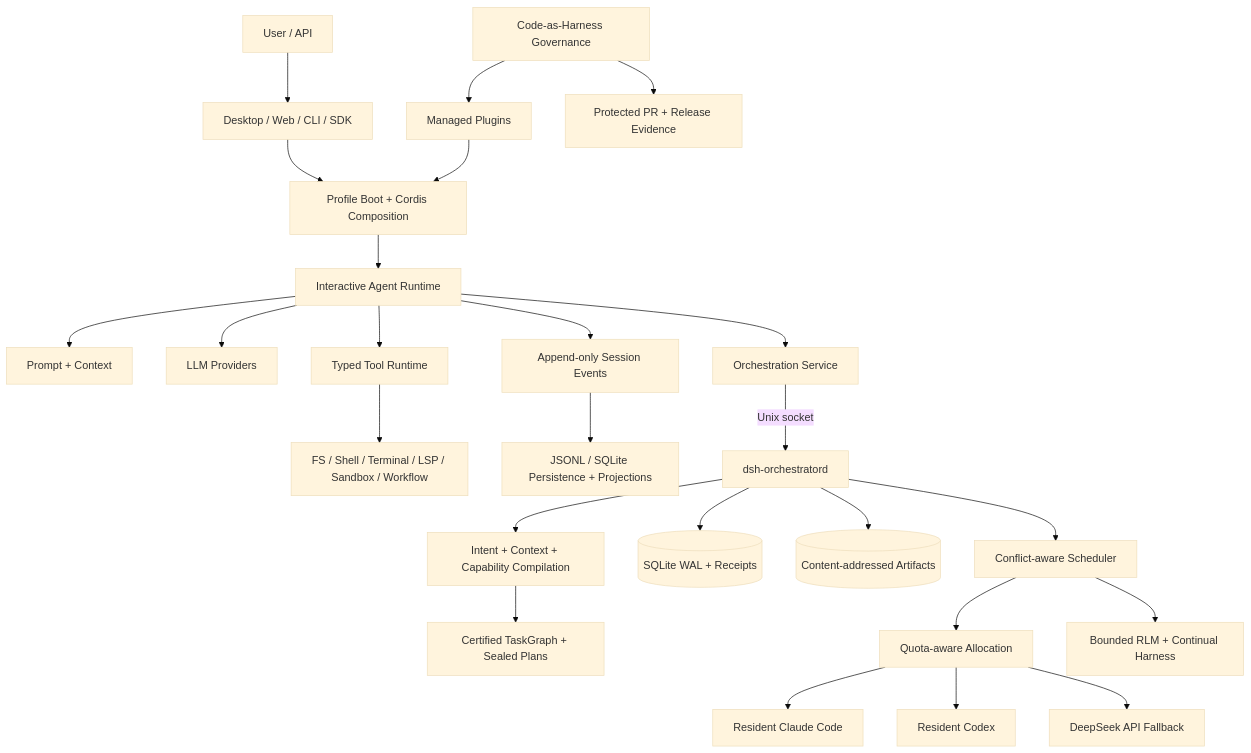
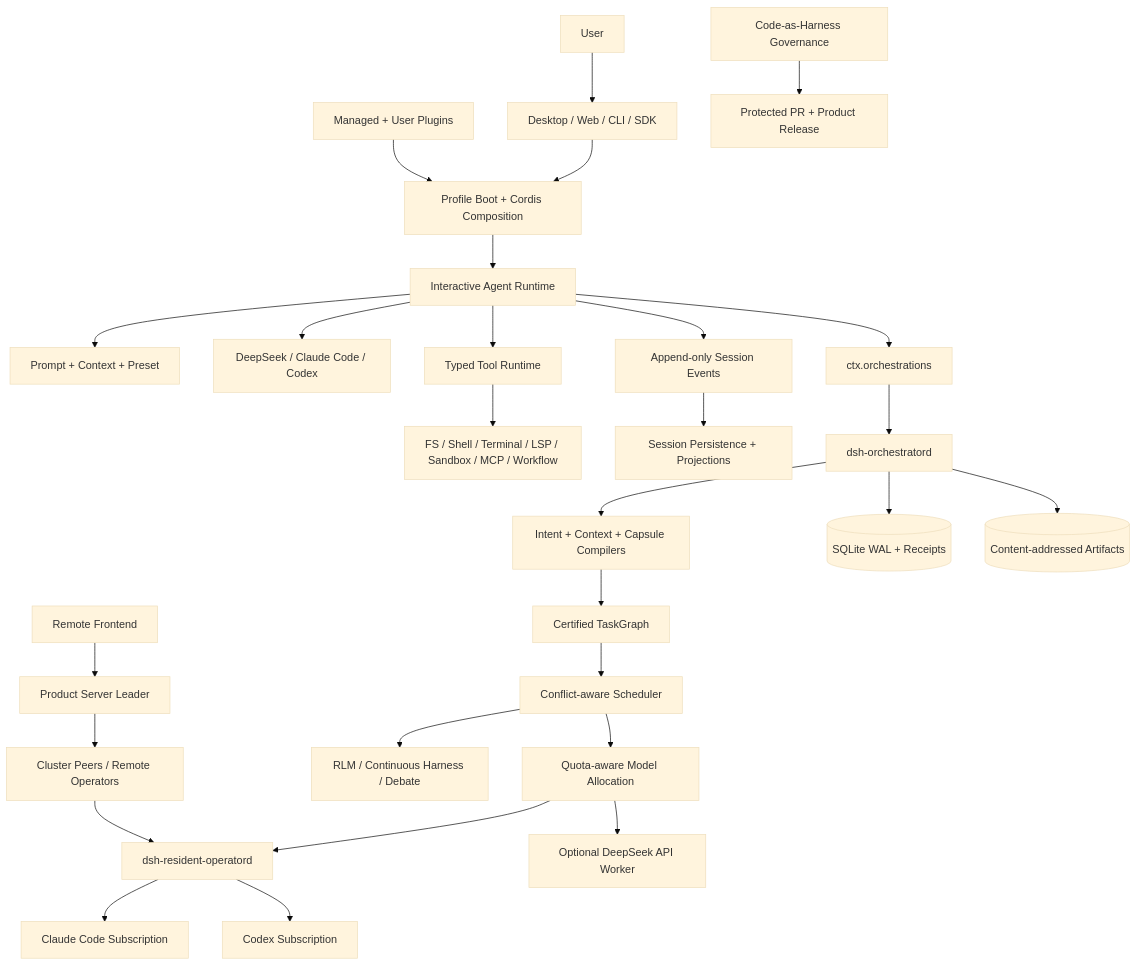
The diagram in README.md (lisihao/deepseek-solar-harness), drawn with Mermaid (base theme) before and after one commit. The commit also changed other lines of this file and 2 other files, not shown here.

Commit message:
docs: document DSH 3.9.9 architecture

````diff
--- a/README.md
+++ b/README.md
@@ -36,27 +71,32 @@
 ```mermaid
 flowchart TB
-  U[User / API] --> S[Desktop / Web / CLI / SDK]
-  S --> B[Profile Boot + Cordis Composition]
-  B --> A[Interactive Agent Runtime]
-  A --> P[Prompt + Context]
-  A --> L[LLM Providers]
-  A --> T[Typed Tool Runtime]
-  A --> E[Append-only Session Events]
-  T --> X[FS / Shell / Terminal / LSP / Sandbox / Workflow]
-  E --> SP[JSONL / SQLite Persistence + Projections]
-  A --> O[Orchestration Service]
-  O -->|Unix socket| D[dsh-orchestratord]
-  D --> C[Intent + Context + Capability Compilation]
-  C --> G[Certified TaskGraph + Sealed Plans]
-  D --> DB[(SQLite WAL + Receipts)]
-  D --> CAS[(Content-addressed Artifacts)]
-  D --> Q[Conflict-aware Scheduler]
-  Q --> M[Quota-aware Allocation]
-  M --> CC[Resident Claude Code]
-  M --> CX[Resident Codex]
-  M --> DS[DeepSeek API Fallback]
-  Q --> R[Bounded RLM + Continual Harness]
-  MP[Managed Plugins] --> B
-  GV[Code-as-Harness Governance] --> MP
-  GV --> REL[Protected PR + Release Evidence]
+  U[User] --> UI[Desktop / Web / CLI / SDK]
+  UI --> PB[Profile Boot + Cordis Composition]
+  PB --> AG[Interactive Agent Runtime]
+  AG --> PR[Prompt + Context + Preset]
+  AG --> LL[DeepSeek / Claude Code / Codex]
+  AG --> TL[Typed Tool Runtime]
+  AG --> SE[Append-only Session Events]
+  TL --> EX[FS / Shell / Terminal / LSP / Sandbox / MCP / Workflow]
+  SE --> SP[Session Persistence + Projections]
+
+  AG --> OR[ctx.orchestrations]
+  OR --> OD[dsh-orchestratord]
+  OD --> CP[Intent + Context + Capsule Compilers]
+  CP --> TG[Certified TaskGraph]
+  TG --> SC[Conflict-aware Scheduler]
+  SC --> MA[Quota-aware Model Allocation]
+  MA --> RO[dsh-resident-operatord]
+  MA --> DW[Optional DeepSeek API Worker]
+  RO --> CC[Claude Code Subscription]
+  RO --> CX[Codex Subscription]
+  SC --> RR[RLM / Continuous Harness / Debate]
+  OD --> DB[(SQLite WAL + Receipts)]
+  OD --> CAS[(Content-addressed Artifacts)]
+
+  RF[Remote Frontend] --> PS[Product Server Leader]
+  PS --> PE[Cluster Peers / Remote Operators]
+  PE --> RO
+  MP[Managed + User Plugins] --> PB
+  GV[Code-as-Harness Governance] --> REL[Protected PR + Product Release]
 ```
````
